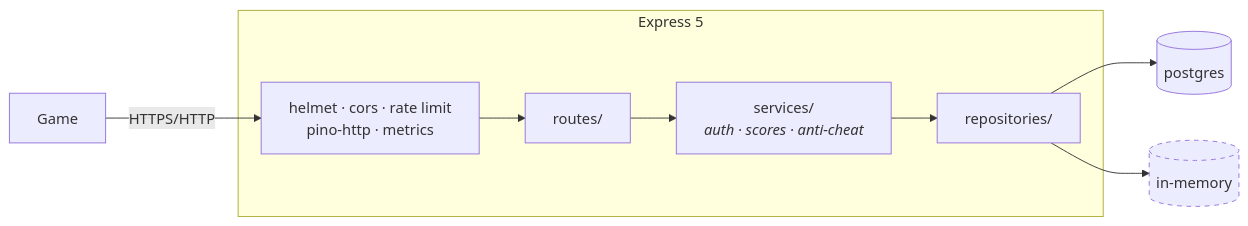
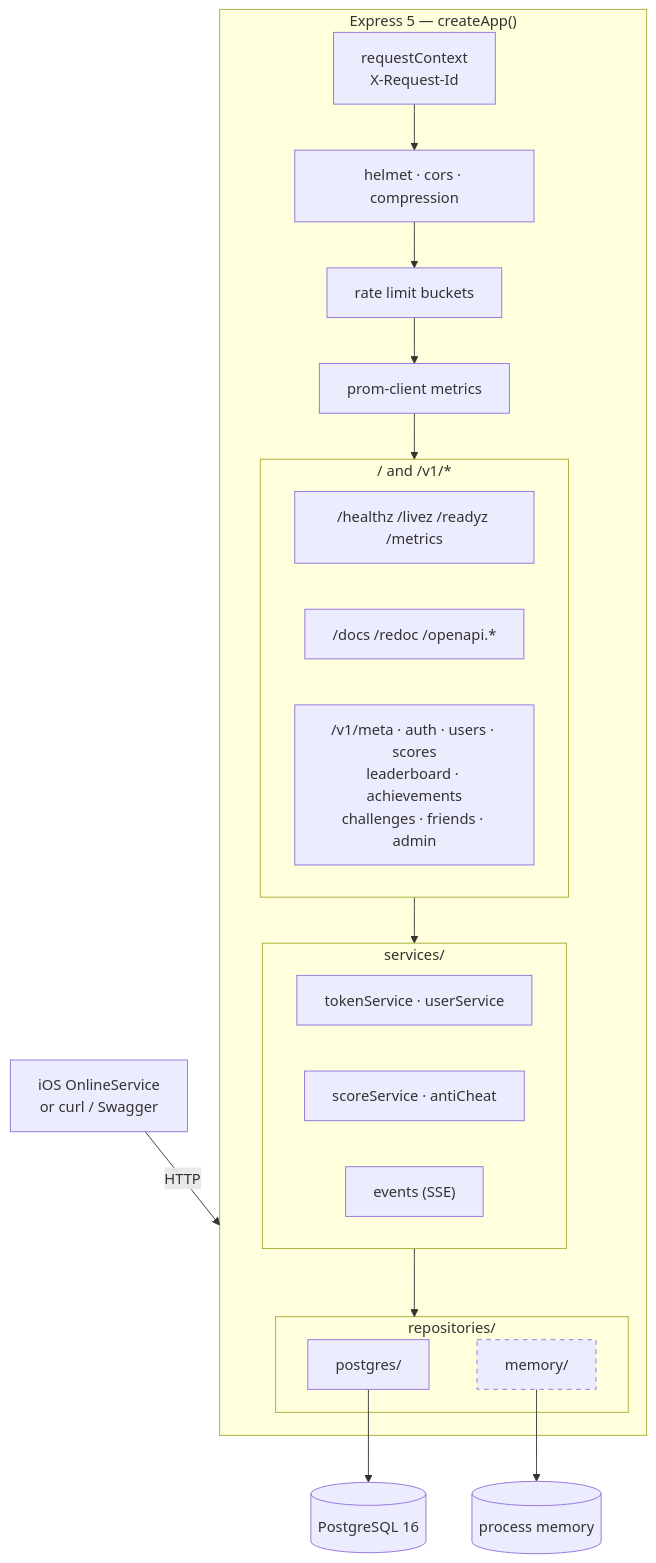
Before and after one commit to hoangsonww/Flappy-Bird-Game: the seventh of 19 diagrams in ARCHITECTURE.md, drawn with Mermaid. The commit also changed other lines of this file, not shown here.

First line of the commit message:
docs: expand ARCHITECTURE.md into a full system map

````diff
--- a/ARCHITECTURE.md
+++ b/ARCHITECTURE.md
@@ -147,17 +448,34 @@
 ```mermaid
-flowchart LR
-    Client["Game"] -->|HTTPS/HTTP| MW
+flowchart TB
+    Client["iOS OnlineService<br/>or curl / Swagger"] -->|HTTP| Edge
 
-    subgraph API["Express 5"]
-        MW["helmet · cors · rate limit<br/>pino-http · metrics"]
-        Routes["routes/"]
-        Services["services/<br/><i>auth · scores · anti-cheat</i>"]
-        Repos["repositories/"]
-        MW --> Routes --> Services --> Repos
+    subgraph Edge["Express 5 — createApp()"]
+        RC["requestContext<br/>X-Request-Id"]
+        Sec["helmet · cors · compression"]
+        Lim["rate limit buckets"]
+        Met["prom-client metrics"]
+        RC --> Sec --> Lim --> Met
+        Met --> Routes
+        subgraph Routes["/ and /v1/*"]
+            Health["/healthz /livez /readyz /metrics"]
+            Docs["/docs /redoc /openapi.*"]
+            V1["/v1/meta · auth · users · scores<br/>leaderboard · achievements<br/>challenges · friends · admin"]
+        end
+        Routes --> Services
+        subgraph Services["services/"]
+            AuthS["tokenService · userService"]
+            ScoreS["scoreService · antiCheat"]
+            Ev["events (SSE)"]
+        end
+        Services --> Repos
+        subgraph Repos["repositories/"]
+            PG["postgres/"]
+            Mem["memory/"]
+        end
     end
 
-    Repos --> PG[("postgres")]
-    Repos --> Mem[("in-memory")]
+    PG --> DB[("PostgreSQL 16")]
+    Mem --> RAM[("process memory")]
 
     style Mem stroke-dasharray: 5 5
 ```
````
